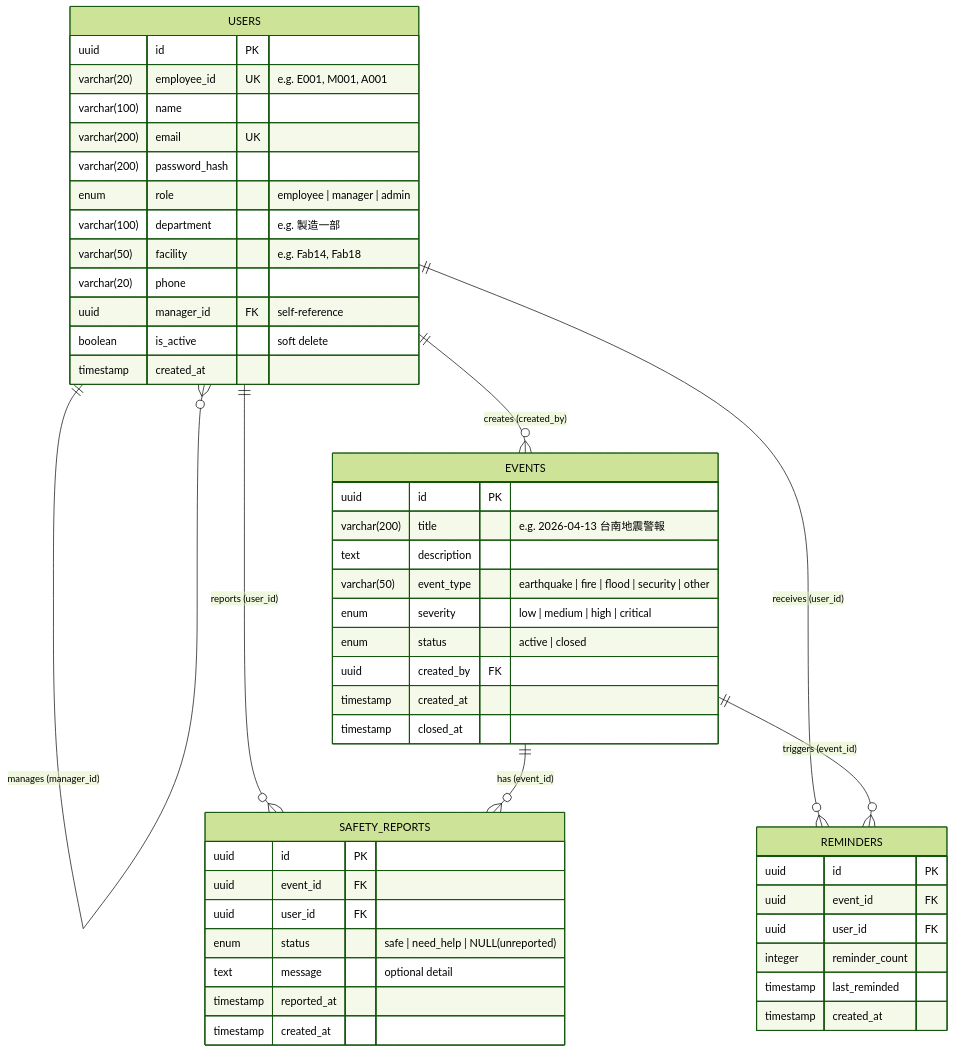
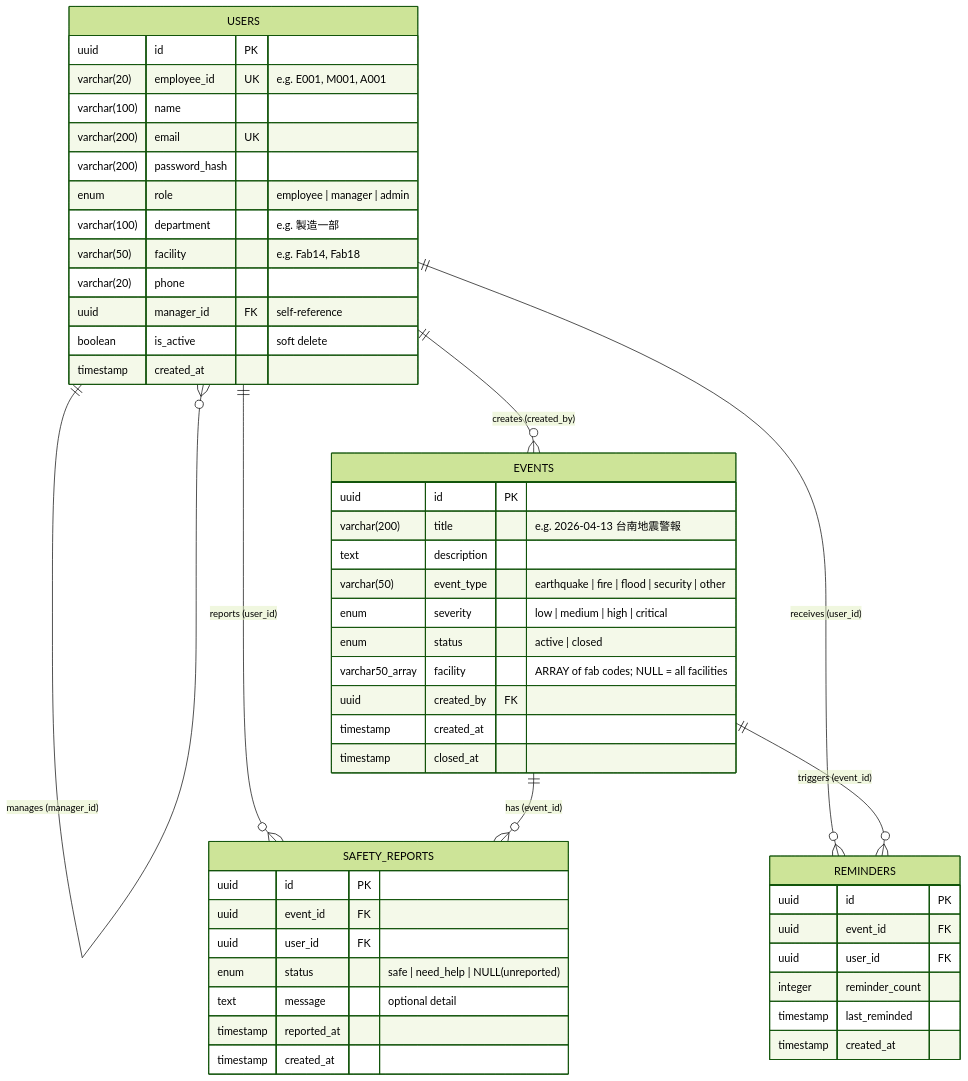
The diagram in docs/er-diagram.md (davidkong3804/Employee_Safety_Response_System), drawn with Mermaid (forest theme) before and after one commit. The commit also changed other lines of this file and 8 other files, not shown here.

First line of the commit message:
feat: add lint/format baseline + fix ER + API spec facility drift

````diff
--- a/docs/er-diagram.md
+++ b/docs/er-diagram.md
@@ -5,55 +5,56 @@
 ```mermaid
 erDiagram
     USERS {
         uuid id PK
         varchar(20) employee_id UK "e.g. E001, M001, A001"
         varchar(100) name
         varchar(200) email UK
         varchar(200) password_hash
         enum role "employee | manager | admin"
         varchar(100) department "e.g. 製造一部"
         varchar(50) facility "e.g. Fab14, Fab18"
         varchar(20) phone
         uuid manager_id FK "self-reference"
         boolean is_active "soft delete"
         timestamp created_at
     }
 
     EVENTS {
         uuid id PK
         varchar(200) title "e.g. 2026-04-13 台南地震警報"
         text description
         varchar(50) event_type "earthquake | fire | flood | security | other"
         enum severity "low | medium | high | critical"
         enum status "active | closed"
+        varchar50_array facility "ARRAY of fab codes; NULL = all facilities"
         uuid created_by FK
         timestamp created_at
         timestamp closed_at
     }
 
     SAFETY_REPORTS {
         uuid id PK
         uuid event_id FK
         uuid user_id FK
         enum status "safe | need_help | NULL(unreported)"
         text message "optional detail"
         timestamp reported_at
         timestamp created_at
     }
 
     REMINDERS {
         uuid id PK
         uuid event_id FK
         uuid user_id FK
         integer reminder_count
         timestamp last_reminded
         timestamp created_at
     }
 
     USERS ||--o{ USERS : "manages (manager_id)"
     USERS ||--o{ EVENTS : "creates (created_by)"
     USERS ||--o{ SAFETY_REPORTS : "reports (user_id)"
     USERS ||--o{ REMINDERS : "receives (user_id)"
     EVENTS ||--o{ SAFETY_REPORTS : "has (event_id)"
     EVENTS ||--o{ REMINDERS : "triggers (event_id)"
 ```
````
